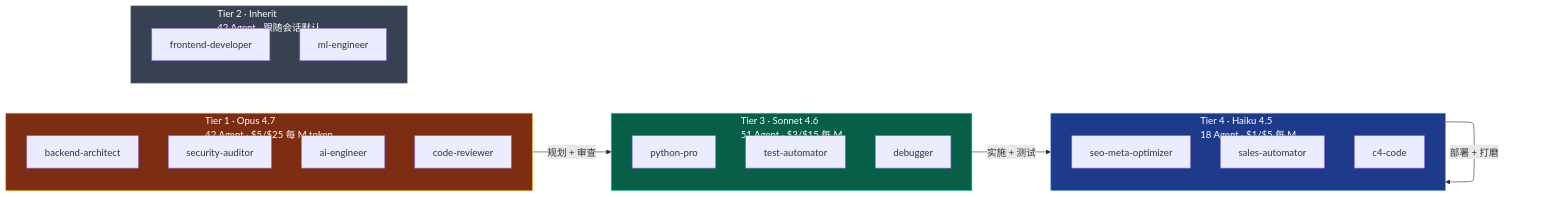
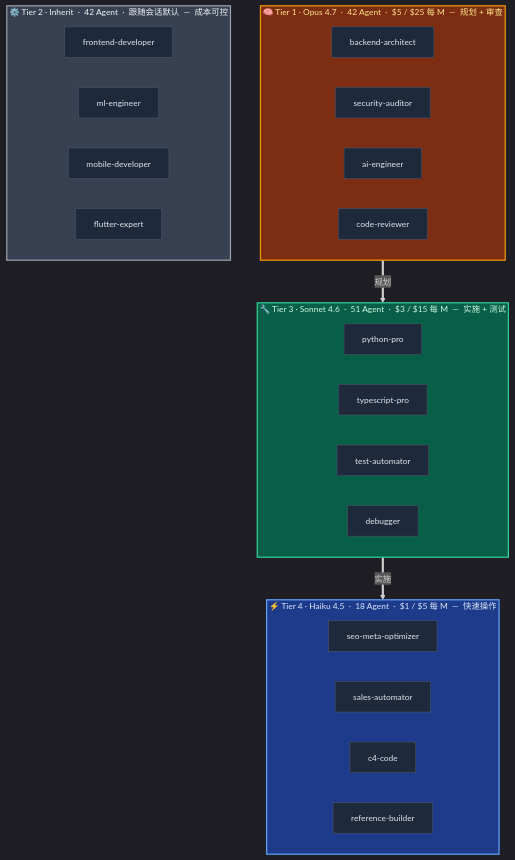
Before and after one commit to heyuan110/heyuan110.github.io: the third of 3 diagrams in content/posts/ai/2026-04-20-wshobson-agents-deep-dive/index.zh.md, drawn with Mermaid. The commit also changed other lines of this file and 1 other file, not shown here.

First line of the commit message:
美化 wshobson 文章配图：mindmap 精简节点、Tier 图补齐布局

````diff
--- a/content/posts/ai/2026-04-20-wshobson-agents-deep-dive/index.zh.md
+++ b/content/posts/ai/2026-04-20-wshobson-agents-deep-dive/index.zh.md
@@ -377,36 +350,46 @@
 ```mermaid
-flowchart LR
-    subgraph T1["Tier 1 · Opus 4.7<br/>42 Agent · $5/$25 每 M token"]
+%%{init: {"theme":"dark","themeVariables":{"fontSize":"14px","fontFamily":"ui-sans-serif,system-ui"}}}%%
+flowchart TB
+    subgraph T1["🧠 Tier 1 · Opus 4.7 &nbsp;·&nbsp; 42 Agent &nbsp;·&nbsp; $5 / $25 每 M &nbsp;—&nbsp; 规划 + 审查"]
+        direction LR
         A1[backend-architect]
         A2[security-auditor]
         A3[ai-engineer]
         A4[code-reviewer]
     end
-    subgraph T2["Tier 2 · Inherit<br/>42 Agent · 跟随会话默认"]
+    subgraph T2["⚙️ Tier 2 · Inherit &nbsp;·&nbsp; 42 Agent &nbsp;·&nbsp; 跟随会话默认 &nbsp;—&nbsp; 成本可控"]
+        direction LR
         B1[frontend-developer]
         B2[ml-engineer]
+        B3[mobile-developer]
+        B4[flutter-expert]
     end
-    subgraph T3["Tier 3 · Sonnet 4.6<br/>51 Agent · $3/$15 每 M"]
+    subgraph T3["🔧 Tier 3 · Sonnet 4.6 &nbsp;·&nbsp; 51 Agent &nbsp;·&nbsp; $3 / $15 每 M &nbsp;—&nbsp; 实施 + 测试"]
+        direction LR
         C1[python-pro]
-        C2[test-automator]
-        C3[debugger]
+        C2[typescript-pro]
+        C3[test-automator]
+        C4[debugger]
     end
-    subgraph T4["Tier 4 · Haiku 4.5<br/>18 Agent · $1/$5 每 M"]
+    subgraph T4["⚡ Tier 4 · Haiku 4.5 &nbsp;·&nbsp; 18 Agent &nbsp;·&nbsp; $1 / $5 每 M &nbsp;—&nbsp; 快速操作"]
+        direction LR
         D1[seo-meta-optimizer]
         D2[sales-automator]
         D3[c4-code]
+        D4[reference-builder]
     end
 
-    T1 -->|规划 + 审查| T3
-    T3 -->|实施 + 测试| T4
-    T4 -->|部署 + 打磨| T4
+    T1 ==>|规划| T3
+    T3 ==>|实施| T4
 
-    classDef opus fill:#7c2d12,stroke:#f59e0b,color:#fff
-    classDef inherit fill:#374151,stroke:#9ca3af,color:#fff
-    classDef sonnet fill:#065f46,stroke:#34d399,color:#fff
-    classDef haiku fill:#1e3a8a,stroke:#60a5fa,color:#fff
+    classDef opus fill:#7c2d12,stroke:#f59e0b,color:#fde68a,stroke-width:2px
+    classDef inherit fill:#374151,stroke:#9ca3af,color:#f3f4f6,stroke-width:2px
+    classDef sonnet fill:#065f46,stroke:#34d399,color:#d1fae5,stroke-width:2px
+    classDef haiku fill:#1e3a8a,stroke:#60a5fa,color:#dbeafe,stroke-width:2px
+    classDef node fill:#1e293b,stroke:#475569,color:#e2e8f0
     class T1 opus
     class T2 inherit
     class T3 sonnet
     class T4 haiku
+    class A1,A2,A3,A4,B1,B2,B3,B4,C1,C2,C3,C4,D1,D2,D3,D4 node
 ```
````
